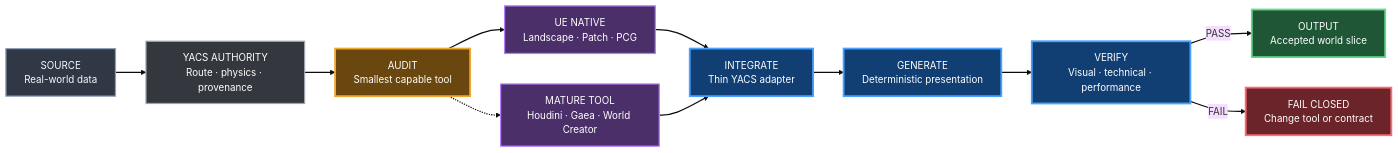
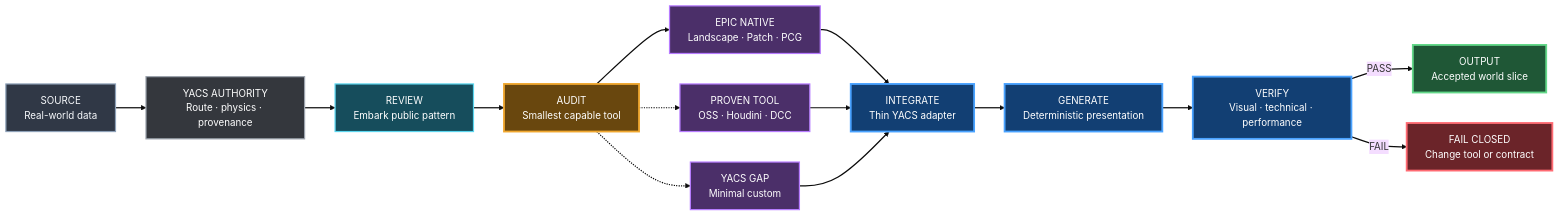
Before and after one commit to karnalooch/YetAnotherCyclingSim: the first of 8 diagrams in docs/WORLD_BUILDING_BIBLE.md, drawn with Mermaid (base theme). The commit also changed other lines of this file, not shown here.

Commit message:
docs: align world SSOT with Embark-first policy

````diff
--- a/docs/WORLD_BUILDING_BIBLE.md
+++ b/docs/WORLD_BUILDING_BIBLE.md
@@ -114,35 +113,39 @@
 ```mermaid
 flowchart LR
     SRC["SOURCE<br/>Real-world data"] --> AUTH["YACS AUTHORITY<br/>Route · physics · provenance"]
-    AUTH --> AUDIT["AUDIT<br/>Smallest capable tool"]
+    AUTH --> EMBARK["REVIEW<br/>Embark public pattern"]
+    EMBARK --> AUDIT["AUDIT<br/>Smallest capable tool"]
 
-    AUDIT --> NATIVE["UE NATIVE<br/>Landscape · Patch · PCG"]
-    AUDIT -.-> EXT["MATURE TOOL<br/>Houdini · Gaea · World Creator"]
+    AUDIT --> NATIVE["EPIC NATIVE<br/>Landscape · Patch · PCG"]
+    AUDIT -.-> EXT["PROVEN TOOL<br/>OSS · Houdini · DCC"]
+    AUDIT -.-> CUSTOM["YACS GAP<br/>Minimal custom"]
 
     NATIVE --> ADAPT["INTEGRATE<br/>Thin YACS adapter"]
     EXT --> ADAPT
+    CUSTOM --> ADAPT
 
     ADAPT --> GEN["GENERATE<br/>Deterministic presentation"]
     GEN --> VERIFY["VERIFY<br/>Visual · technical · performance"]
     VERIFY -->|"PASS"| WORLD["OUTPUT<br/>Accepted world slice"]
     VERIFY -->|"FAIL"| FIX["FAIL CLOSED<br/>Change tool or contract"]
 
     classDef input fill:#303846,stroke:#8ea1b8,color:#f7f9fc,stroke-width:2px;
     classDef exec fill:#123f73,stroke:#49a2ff,color:#ffffff,stroke-width:3px;
     classDef tool fill:#4b2f69,stroke:#b77cff,color:#ffffff,stroke-width:2px;
     classDef decision fill:#69470e,stroke:#f0a72f,color:#ffffff,stroke-width:3px;
     classDef success fill:#1f5736,stroke:#63d889,color:#ffffff,stroke-width:3px;
     classDef danger fill:#6b2429,stroke:#ff6b73,color:#ffffff,stroke-width:3px;
     classDef owned fill:#34373d,stroke:#9da4ae,color:#ffffff,stroke-width:2px;
     classDef evidence fill:#164d5c,stroke:#5bd6ef,color:#ffffff,stroke-width:2px;
 
     class SRC input;
     class AUTH owned;
+    class EMBARK evidence;
     class AUDIT decision;
-    class NATIVE,EXT tool;
+    class NATIVE,EXT,CUSTOM tool;
     class ADAPT,GEN,VERIFY exec;
     class WORLD success;
     class FIX danger;
 
     linkStyle default stroke-width:2px;
 ```
````
